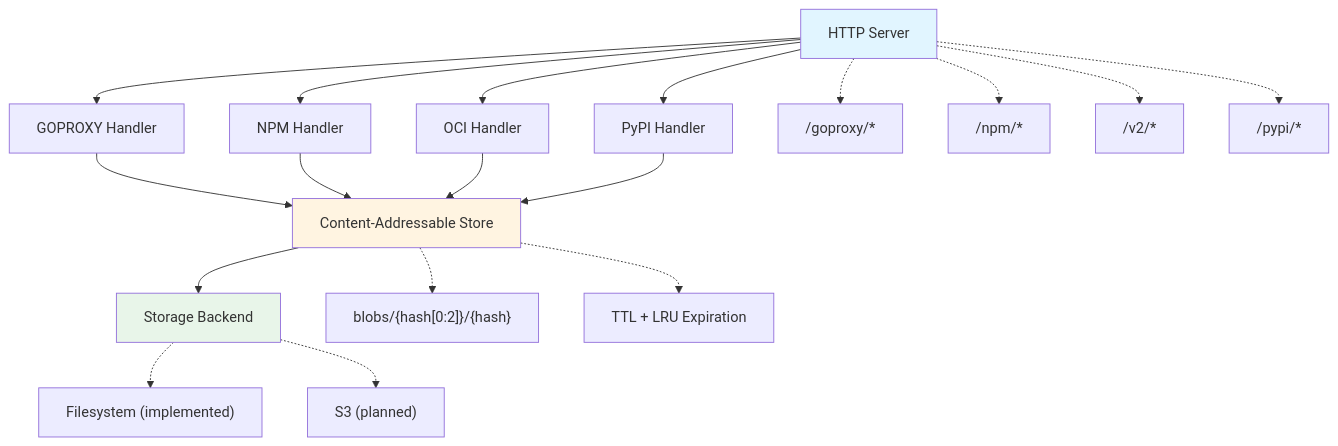
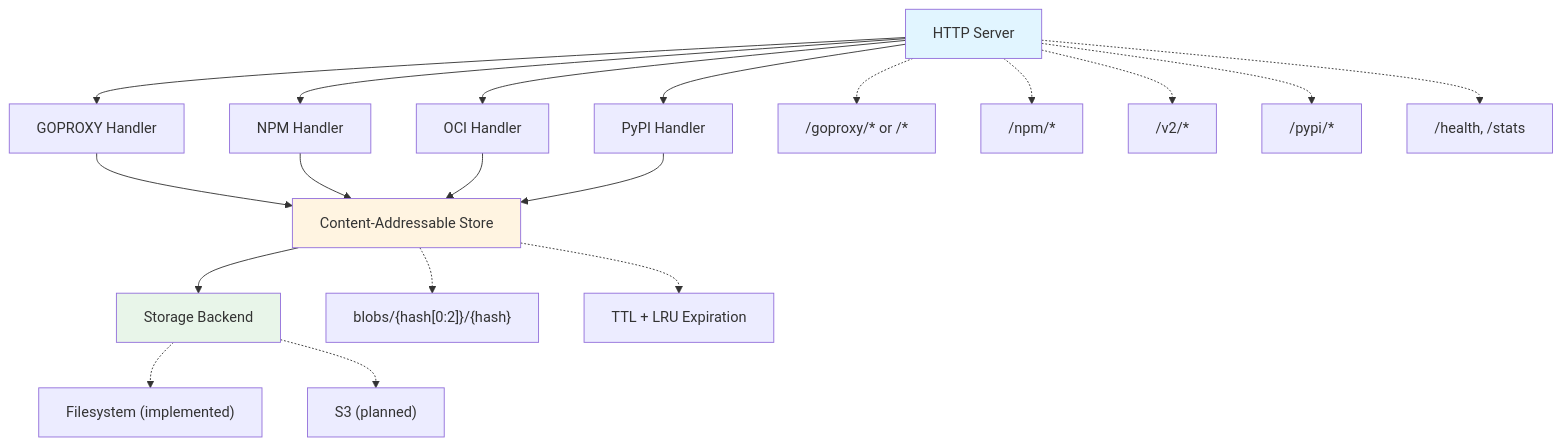
Before and after one commit to wolfeidau/content-cache: the diagram in README.md, drawn with Mermaid. The commit also changed other lines of this file, not shown here.

First line of the commit message:
docs: update README with health/stats endpoints and root GOPROXY usage

````diff
--- a/README.md
+++ b/README.md
@@ -76,29 +80,30 @@
 ```mermaid
 graph TD
     A[HTTP Server] --> B[GOPROXY Handler]
     A --> C[NPM Handler]
     A --> D[OCI Handler]
     A --> G[PyPI Handler]
 
     B --> E[Content-Addressable Store]
     C --> E
     D --> E
     G --> E
 
     E --> F[Storage Backend]
 
-    A -.-> A1["/goproxy/*"]
+    A -.-> A1["/goproxy/* or /*"]
     A -.-> A2["/npm/*"]
     A -.-> A3["/v2/*"]
     A -.-> A4["/pypi/*"]
+    A -.-> A5["/health, /stats"]
 
     E -.-> E1["blobs/{hash[0:2]}/{hash}"]
     E -.-> E2["TTL + LRU Expiration"]
 
     F -.-> F1["Filesystem (implemented)"]
     F -.-> F2["S3 (planned)"]
 
     style A fill:#e1f5ff
     style E fill:#fff4e1
     style F fill:#e8f5e9
 ```
````
